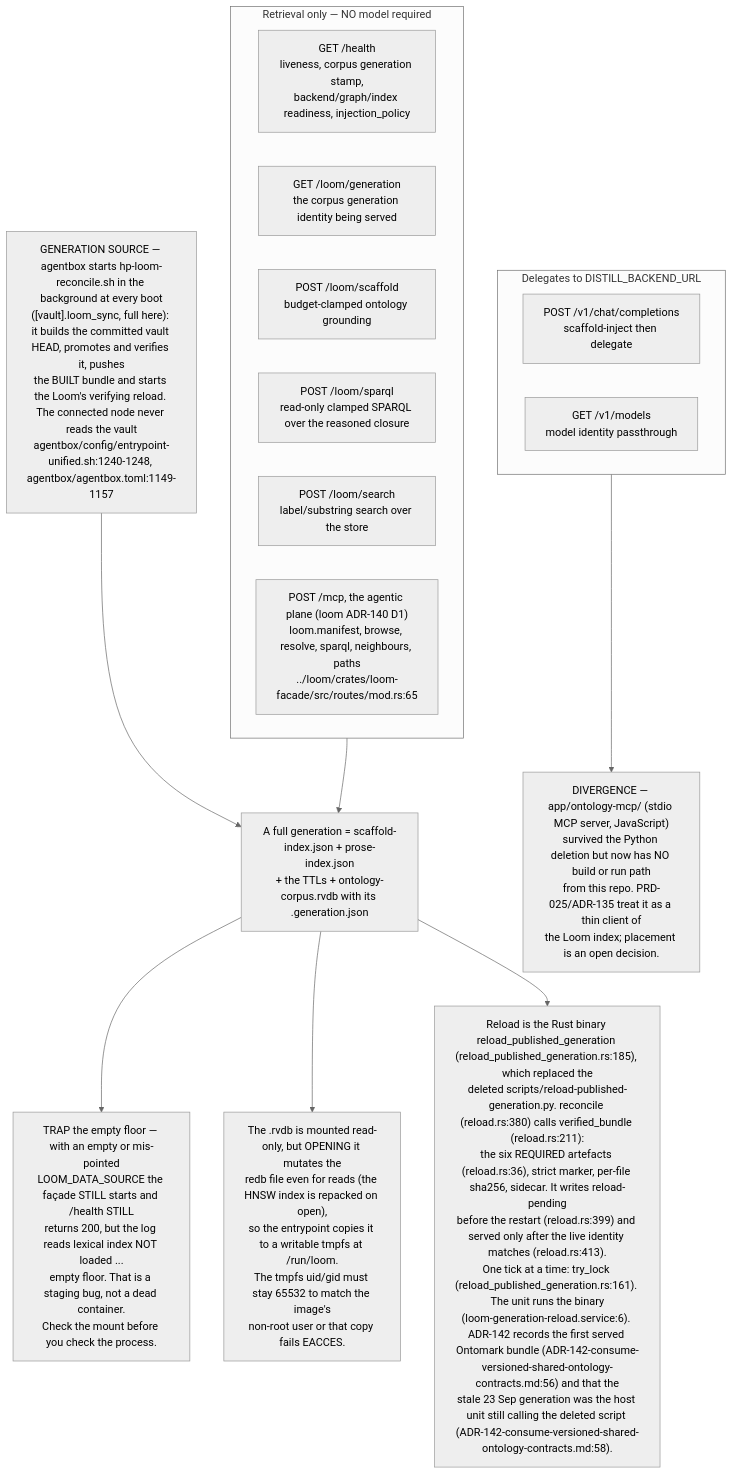
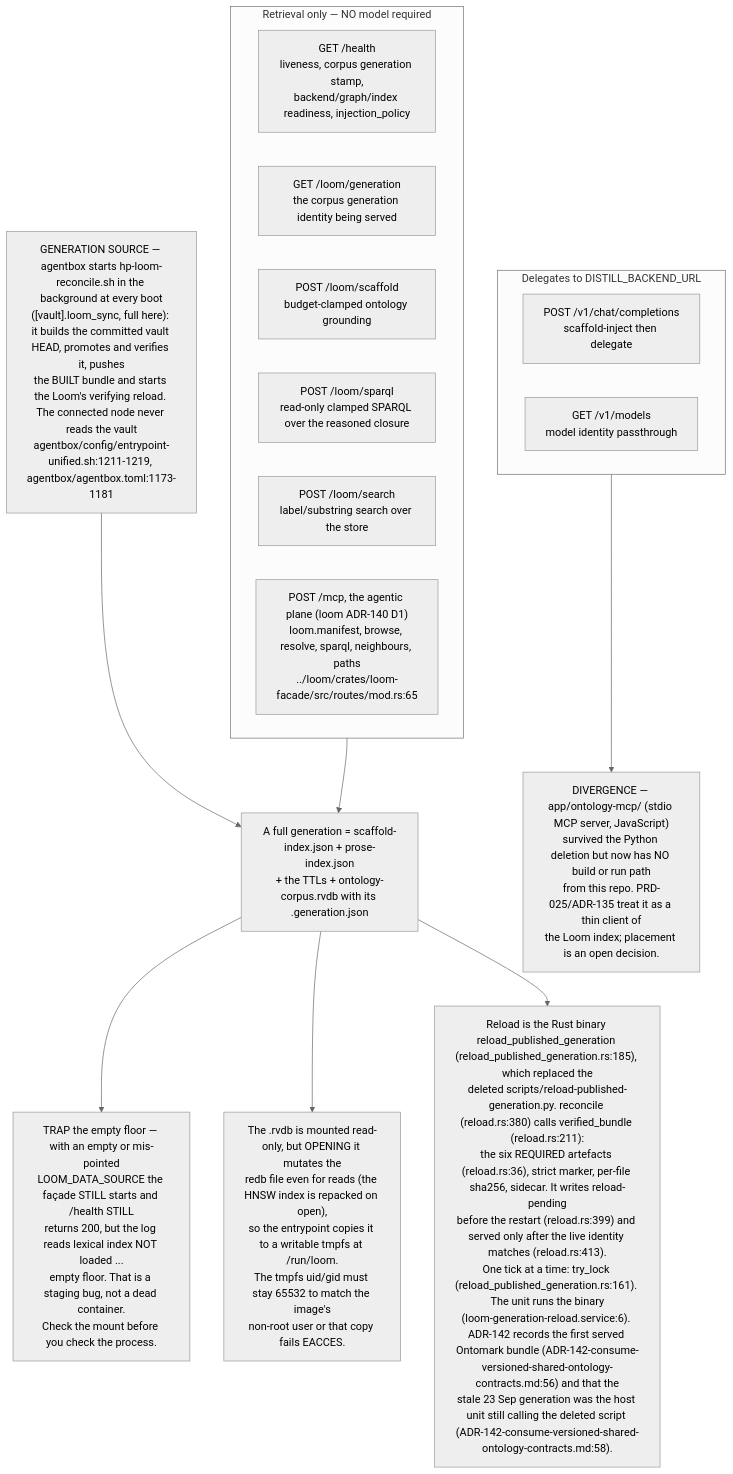
Before and after one commit to DreamLab-AI/VisionFlow: the sixth of 11 diagrams in docs/diagrams/estate/06-loom-and-email-privacy-path.md, drawn with Mermaid (neutral theme). The commit also changed other lines of this file and 145 other files, not shown here.

````diff
--- a/docs/diagrams/estate/06-loom-and-email-privacy-path.md
+++ b/docs/diagrams/estate/06-loom-and-email-privacy-path.md
@@ -205,29 +206,29 @@
 ```mermaid
 flowchart TB
     subgraph nomodel["Retrieval only — NO model required"]
         E1["GET /health<br/>liveness, corpus generation stamp,<br/>backend/graph/index readiness, injection_policy"]
         E2["GET /loom/generation<br/>the corpus generation identity being served"]
         E3["POST /loom/scaffold<br/>budget-clamped ontology grounding"]
         E4["POST /loom/sparql<br/>read-only clamped SPARQL over the reasoned closure"]
         E5["POST /loom/search<br/>label/substring search over the store"]
         E8["POST /mcp, the agentic plane (loom ADR-140 D1)<br/>loom.manifest, browse, resolve, sparql, neighbours, paths<br/>../loom/crates/loom-facade/src/routes/mod.rs:65"]
     end
     subgraph needsmodel["Delegates to DISTILL_BACKEND_URL"]
         E6["POST /v1/chat/completions<br/>scaffold-inject then delegate"]
         E7["GET /v1/models<br/>model identity passthrough"]
     end
     GEN["A full generation = scaffold-index.json + prose-index.json<br/>+ the TTLs + ontology-corpus.rvdb with its .generation.json"]
     T1["TRAP the empty floor — with an empty or mis-pointed<br/>LOOM_DATA_SOURCE the façade STILL starts and /health STILL<br/>returns 200, but the log reads lexical index NOT loaded ...<br/>empty floor. That is a staging bug, not a dead container.<br/>Check the mount before you check the process."]
     T2["The .rvdb is mounted read-only, but OPENING it mutates the<br/>redb file even for reads (the HNSW index is repacked on open),<br/>so the entrypoint copies it to a writable tmpfs at /run/loom.<br/>The tmpfs uid/gid must stay 65532 to match the image's<br/>non-root user or that copy fails EACCES."]
     D1["Reload is the Rust binary reload_published_generation (reload_published_generation.rs:185), which replaced the<br/>deleted scripts/reload-published-generation.py. reconcile (reload.rs:380) calls verified_bundle (reload.rs:211):<br/>the six REQUIRED artefacts (reload.rs:36), strict marker, per-file sha256, sidecar. It writes reload-pending<br/>before the restart (reload.rs:399) and served only after the live identity matches (reload.rs:413).<br/>One tick at a time: try_lock (reload_published_generation.rs:161). The unit runs the binary<br/>(loom-generation-reload.service:6). ADR-142 records the first served Ontomark bundle (ADR-142-consume-versioned-shared-ontology-contracts.md:56) and that the<br/>stale 23 Sep generation was the host unit still calling the deleted script (ADR-142-consume-versioned-shared-ontology-contracts.md:58)."]
     D2["DIVERGENCE — app/ontology-mcp/ (stdio MCP server, JavaScript)<br/>survived the Python deletion but now has NO build or run path<br/>from this repo. PRD-025/ADR-135 treat it as a thin client of<br/>the Loom index; placement is an open decision."]
 
-    RECON["GENERATION SOURCE — agentbox starts hp-loom-reconcile.sh in the background at every boot<br/>([vault].loom_sync, full here): it builds the committed vault HEAD, promotes and verifies it, pushes<br/>the BUILT bundle and starts the Loom's verifying reload. The connected node never reads the vault<br/>agentbox/config/entrypoint-unified.sh:1240-1248, agentbox/agentbox.toml:1149-1157"]
+    RECON["GENERATION SOURCE — agentbox starts hp-loom-reconcile.sh in the background at every boot<br/>([vault].loom_sync, full here): it builds the committed vault HEAD, promotes and verifies it, pushes<br/>the BUILT bundle and starts the Loom's verifying reload. The connected node never reads the vault<br/>agentbox/config/entrypoint-unified.sh:1211-1219, agentbox/agentbox.toml:1173-1181"]
 
     nomodel --> GEN
     RECON --> GEN
     GEN --> T1
     GEN --> T2
     GEN --> D1
     needsmodel --> D2
 ```
````
